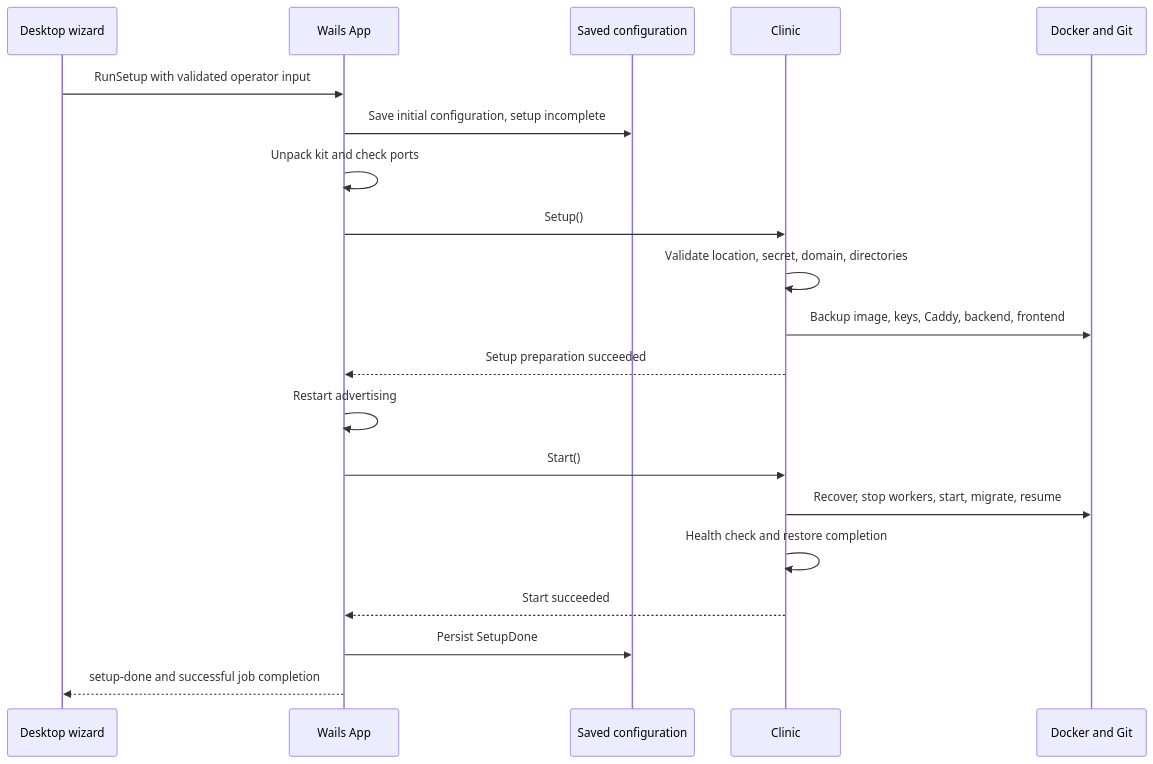
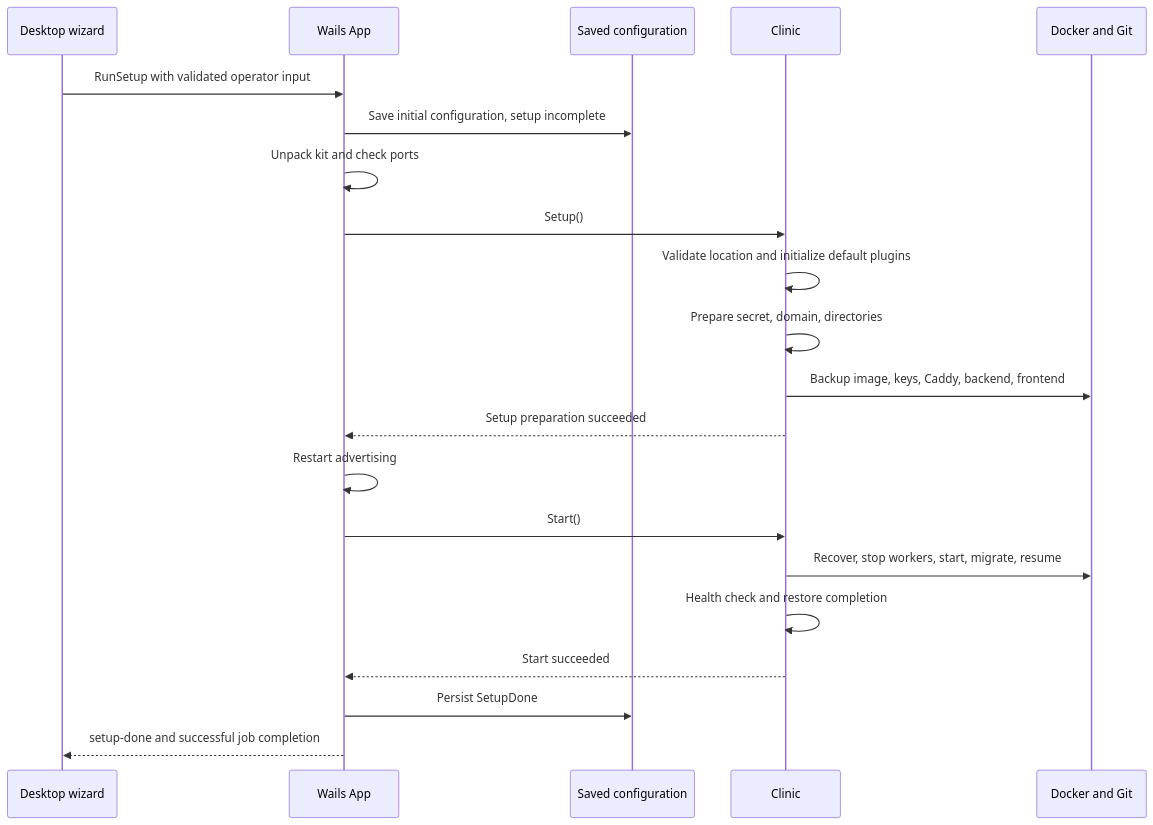
Before and after one commit to ohcnetwork/care_clinic: the second of 6 diagrams in docs/clinic-lifecycle.md, drawn with Mermaid. The commit also changed other lines of this file and 90 other files, not shown here.

````diff
--- a/docs/clinic-lifecycle.md
+++ b/docs/clinic-lifecycle.md
@@ -248,22 +248,23 @@
 ```mermaid
 sequenceDiagram
     participant UI as Desktop wizard
     participant App as Wails App
     participant Config as Saved configuration
     participant Clinic as Clinic
     participant Docker as Docker and Git
     UI->>App: RunSetup with validated operator input
     App->>Config: Save initial configuration, setup incomplete
     App->>App: Unpack kit and check ports
     App->>Clinic: Setup()
-    Clinic->>Clinic: Validate location, secret, domain, directories
+    Clinic->>Clinic: Validate location and initialize default plugins
+    Clinic->>Clinic: Prepare secret, domain, directories
     Clinic->>Docker: Backup image, keys, Caddy, backend, frontend
     Clinic-->>App: Setup preparation succeeded
     App->>App: Restart advertising
     App->>Clinic: Start()
     Clinic->>Docker: Recover, stop workers, start, migrate, resume
     Clinic->>Clinic: Health check and restore completion
     Clinic-->>App: Start succeeded
     App->>Config: Persist SetupDone
     App-->>UI: setup-done and successful job completion
 ```
````
